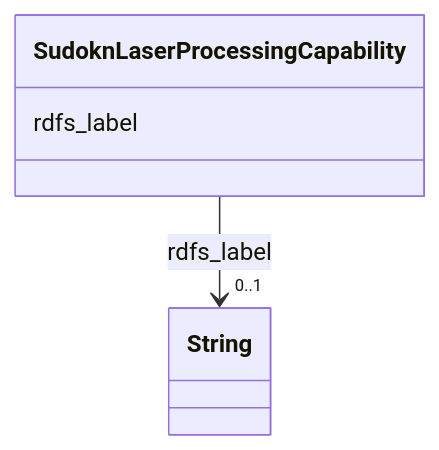
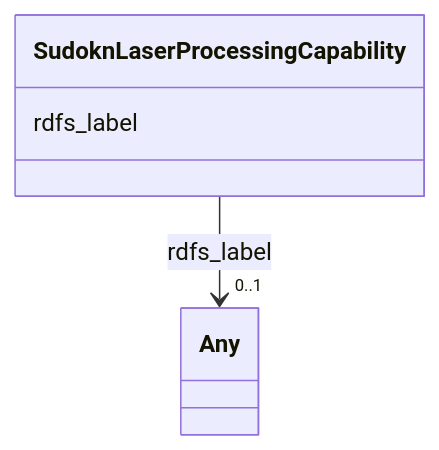
Before and after one commit to frink-okn/graph-descriptions: the diagram in sudokn-kg/classes/SudoknLaserProcessingCapability.md, drawn with Mermaid. The commit also changed other lines of this file and 903 other files, not shown here.

````diff
--- a/sudokn-kg/classes/SudoknLaserProcessingCapability.md
+++ b/sudokn-kg/classes/SudoknLaserProcessingCapability.md
@@ -23,15 +18,15 @@
 ```mermaid
  classDiagram
     class SudoknLaserProcessingCapability
     click SudoknLaserProcessingCapability href "../SudoknLaserProcessingCapability"
       SudoknLaserProcessingCapability : rdfs_label
         
           
     
     
-    SudoknLaserProcessingCapability --> "0..1" String : rdfs_label
-    click String href "../String"
+    SudoknLaserProcessingCapability --> "0..1" Any : rdfs_label
+    click Any href "../Any"
 
         
       
 ```
````
